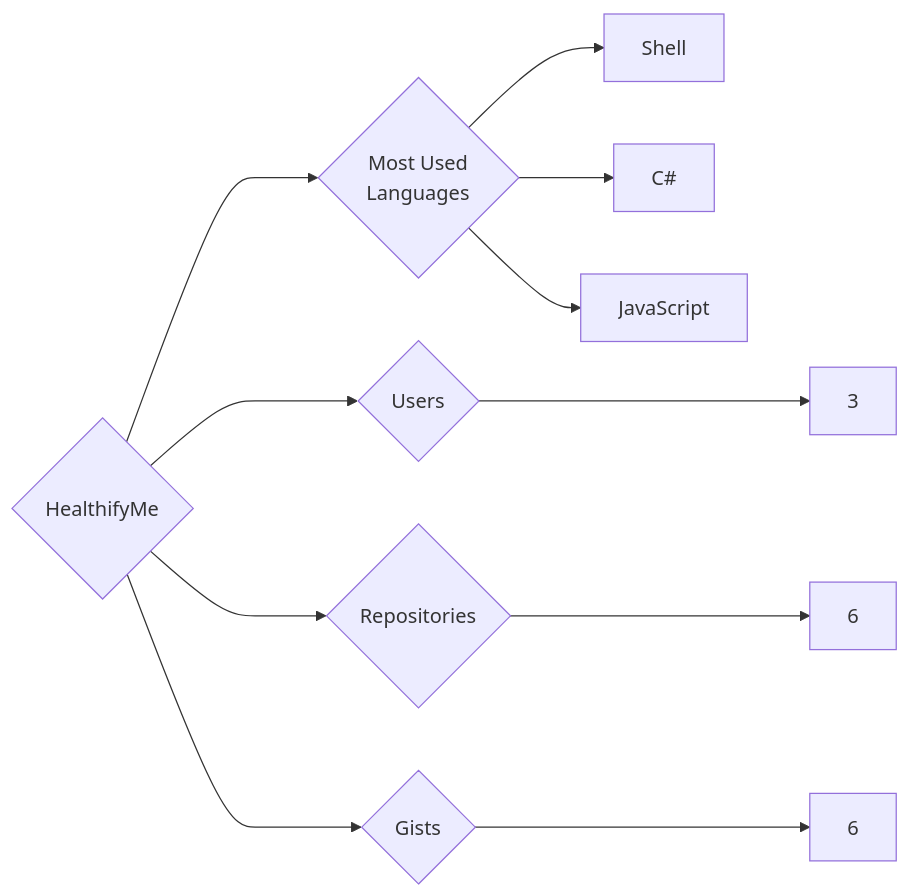
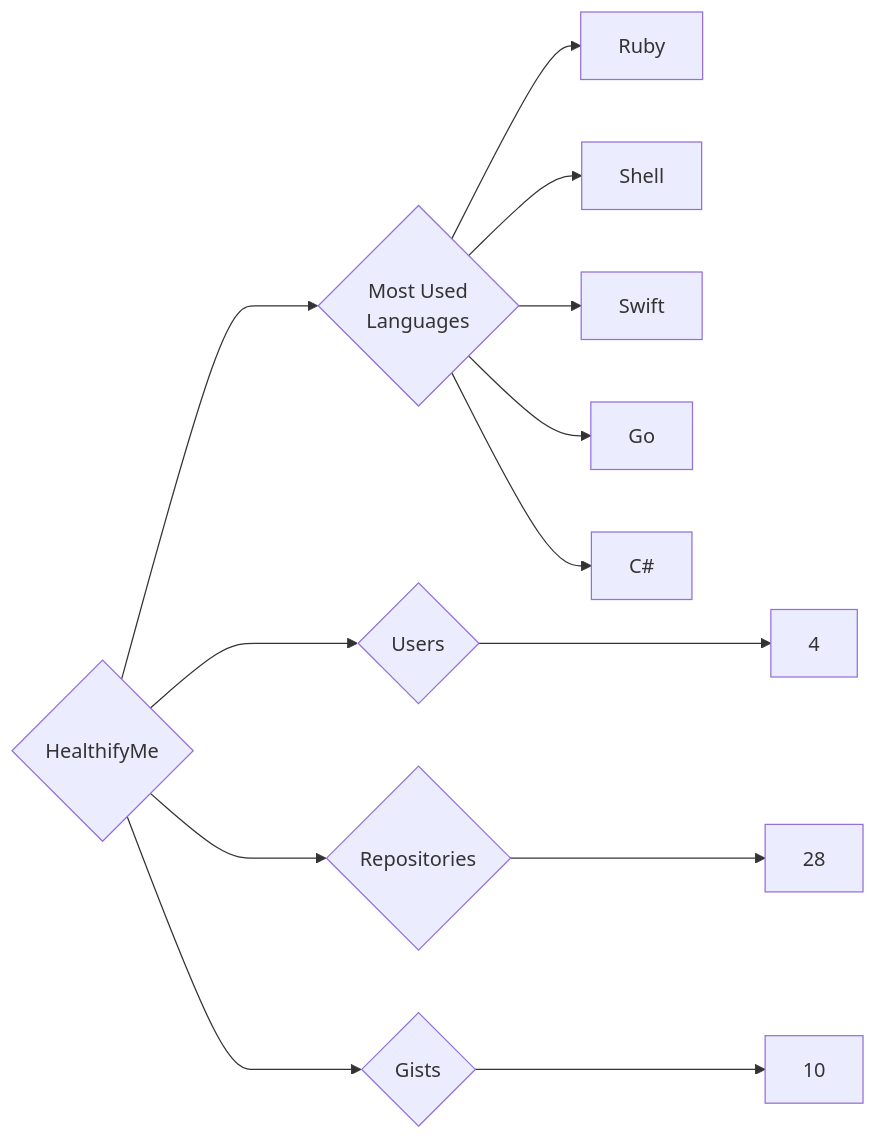
The diagram in targets/HealthifyMe/README.md (trickest/insiders), drawn with Mermaid before and after one commit. The commit also changed 873 other files, not shown here.

````diff
--- a/targets/HealthifyMe/README.md
+++ b/targets/HealthifyMe/README.md
@@ -3,11 +3,13 @@
 ```mermaid
 graph LR
 COMPANY_NAME{HealthifyMe}
-COMPANY_NAME ---> U{Users} ---> UN[3]
-COMPANY_NAME ---> R{Repositories} ---> RN[6]
-COMPANY_NAME ---> G{Gists} ---> GN[6]
+COMPANY_NAME ---> U{Users} ---> UN[4]
+COMPANY_NAME ---> R{Repositories} ---> RN[28]
+COMPANY_NAME ---> G{Gists} ---> GN[10]
 COMPANY_NAME ---> ML{Most Used<br>Languages}
+ML --> Ruby[Ruby]
 ML --> Shell[Shell]
+ML --> Swift[Swift]
+ML --> Go[Go]
 ML --> C#[C#]
-ML --> JavaScript[JavaScript]
 ```
````
